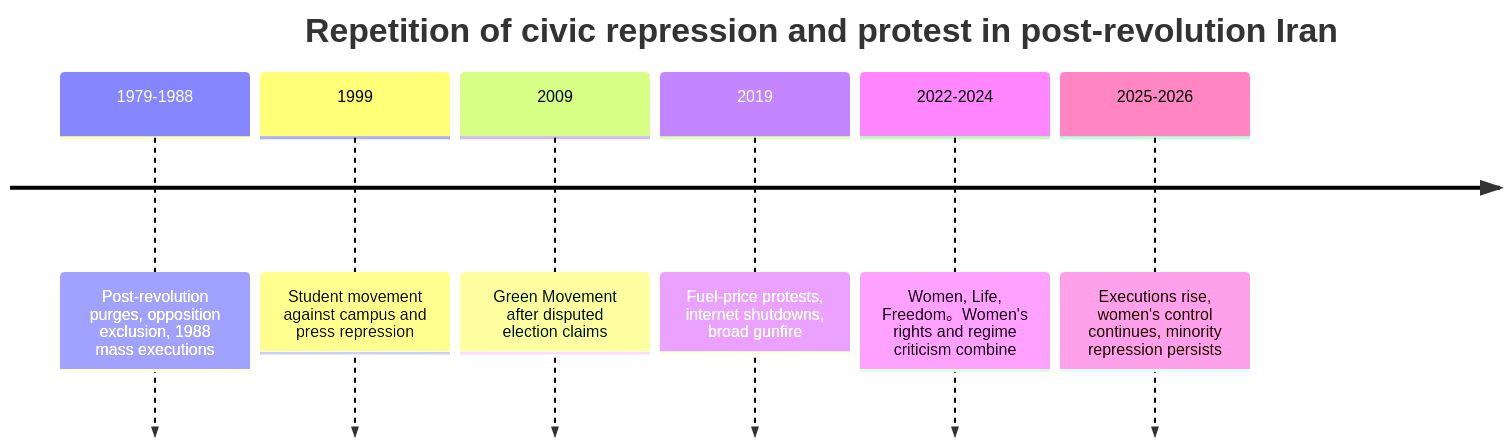
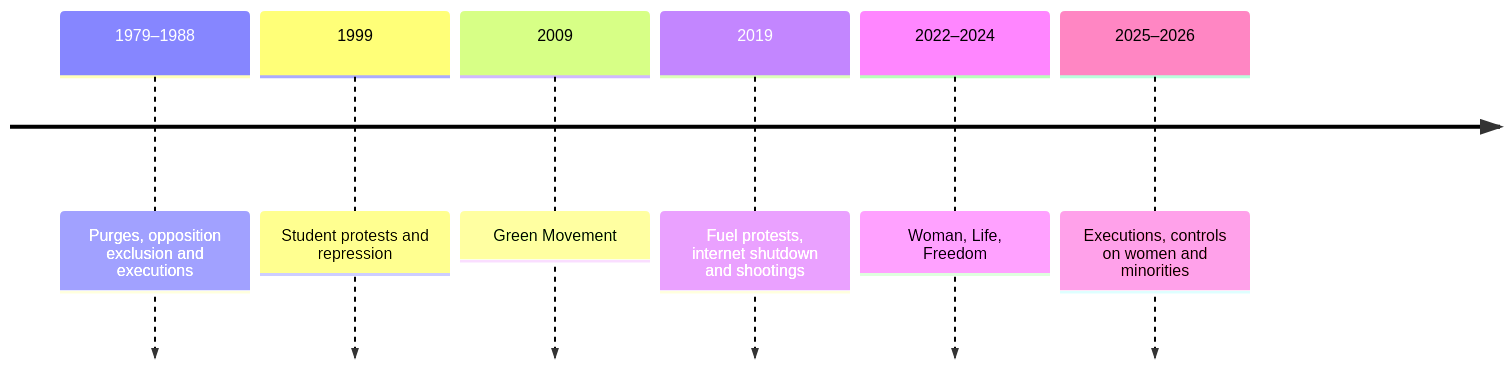
One commit to daylight55/research changed the first of 2 diagrams in articles/report/iran-repression-civil-protest-history/en/index.mdx. Above: the diagram before and after it, drawn with Mermaid. The commit also changed other lines of this file and 181 other files, not shown here.

First line of the commit message:
全記事の図解368点を再生成し、共通注意書きを削除 (#402)

````diff
--- a/articles/report/iran-repression-civil-protest-history/en/index.mdx
+++ b/articles/report/iran-repression-civil-protest-history/en/index.mdx
@@ -45,10 +45,11 @@
 ```mermaid
 timeline
-    title Repetition of civic repression and protest in post-revolution Iran
-    1979-1988 : Post-revolution purges, opposition exclusion, 1988 mass executions
-    1999 : Student movement against campus and press repression
-    2009 : Green Movement after disputed election claims
-    2019 : Fuel-price protests, internet shutdowns, broad gunfire
-    2022-2024 : Women, Life, Freedom。Women's rights and regime criticism combine
-    2025-2026 : Executions rise, women's control continues, minority repression persists
+  accTitle: Major episodes of protest and repression in Iran
+  accDescr: Student, electoral, fuel-price and women's-rights protests differ in triggers and participants. Distinguish these differences from recurring repression.
+  1979–1988 : Purges, opposition exclusion and executions
+  1999 : Student protests and repression
+  2009 : Green Movement
+  2019 : Fuel protests, internet shutdown and shootings
+  2022–2024 : Woman, Life, Freedom
+  2025–2026 : Executions, controls on women and minorities
 ```
````
